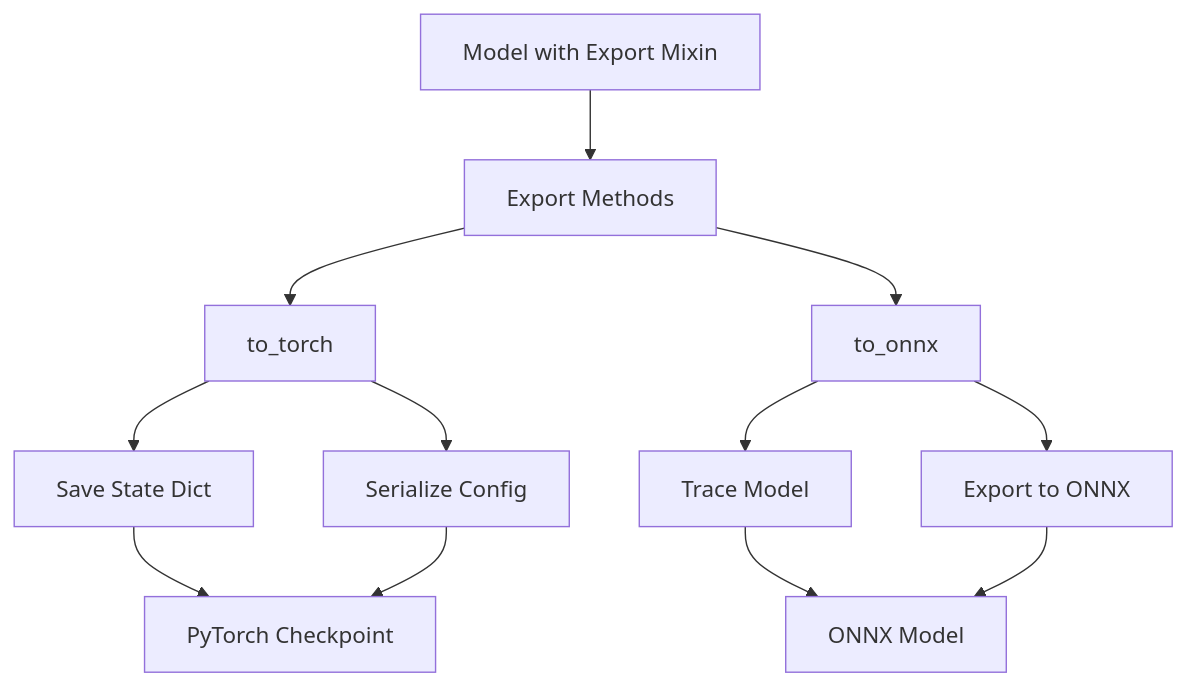
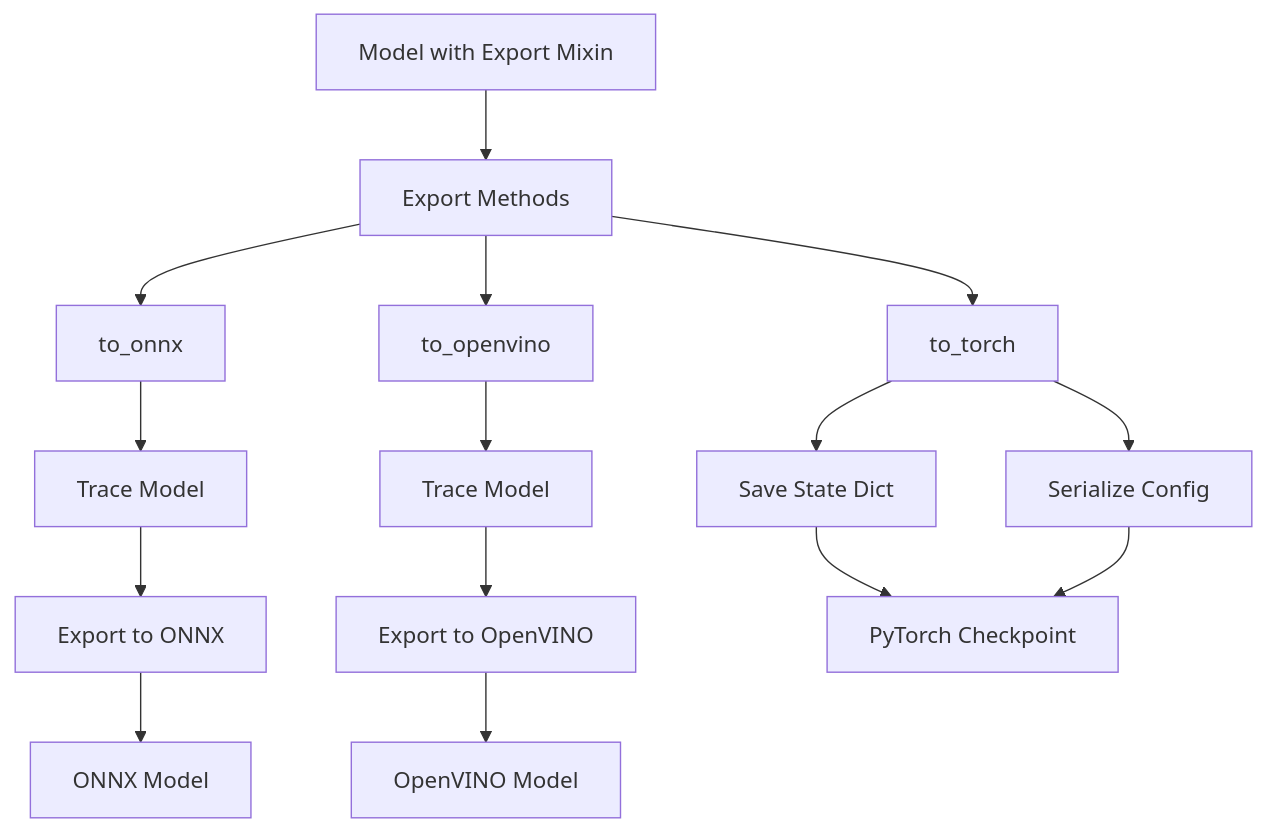
One commit to open-edge-platform/physical-ai-studio changed the diagram in library/docs/design/export/README.md. Above: the diagram before and after it, drawn with Mermaid. The commit also changed other lines of this file, not shown here.

````diff
--- a/library/docs/design/export/README.md
+++ b/library/docs/design/export/README.md
@@ -42,18 +45,23 @@
 ```mermaid
 graph TB
     A[Model with Export Mixin] --> B[Export Methods]
     B --> C[to_torch]
     B --> D[to_onnx]
+    B --> P[to_openvino]
 
     C --> E[Save State Dict]
     C --> F[Serialize Config]
 
     D --> G[Trace Model]
-    D --> H[Export to ONNX]
+    G --> H[Export to ONNX]
+
+    P --> S[Trace Model]
+    S --> M[Export to OpenVINO]
 
     E --> I[PyTorch Checkpoint]
     F --> I
 
-    G --> J[ONNX Model]
-    H --> J
+    H --> J[ONNX Model]
+
+    M --> N[OpenVINO Model]
 ```
````
